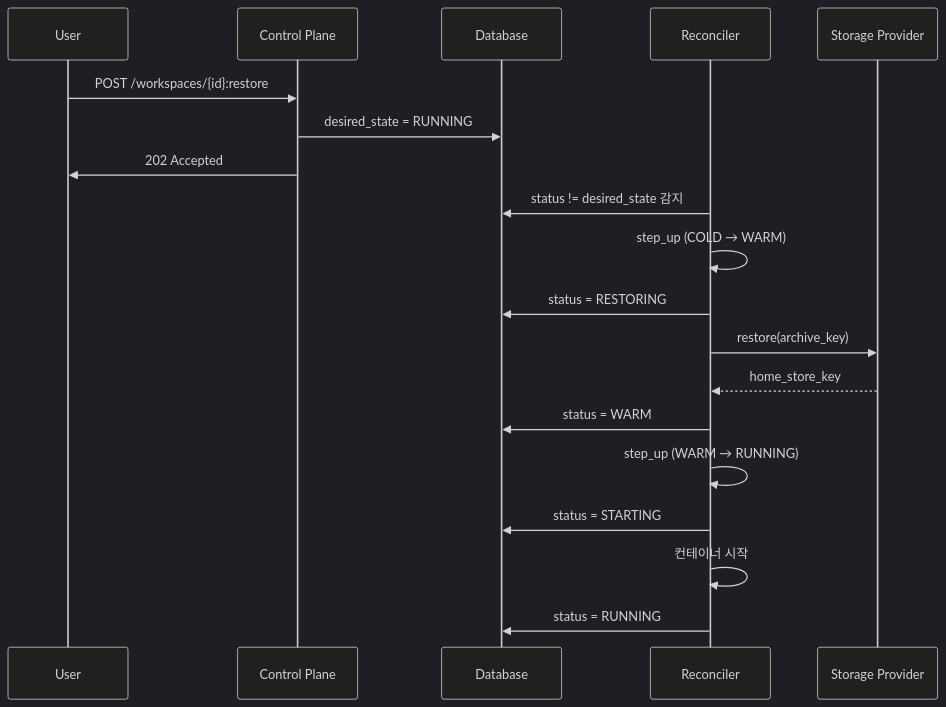
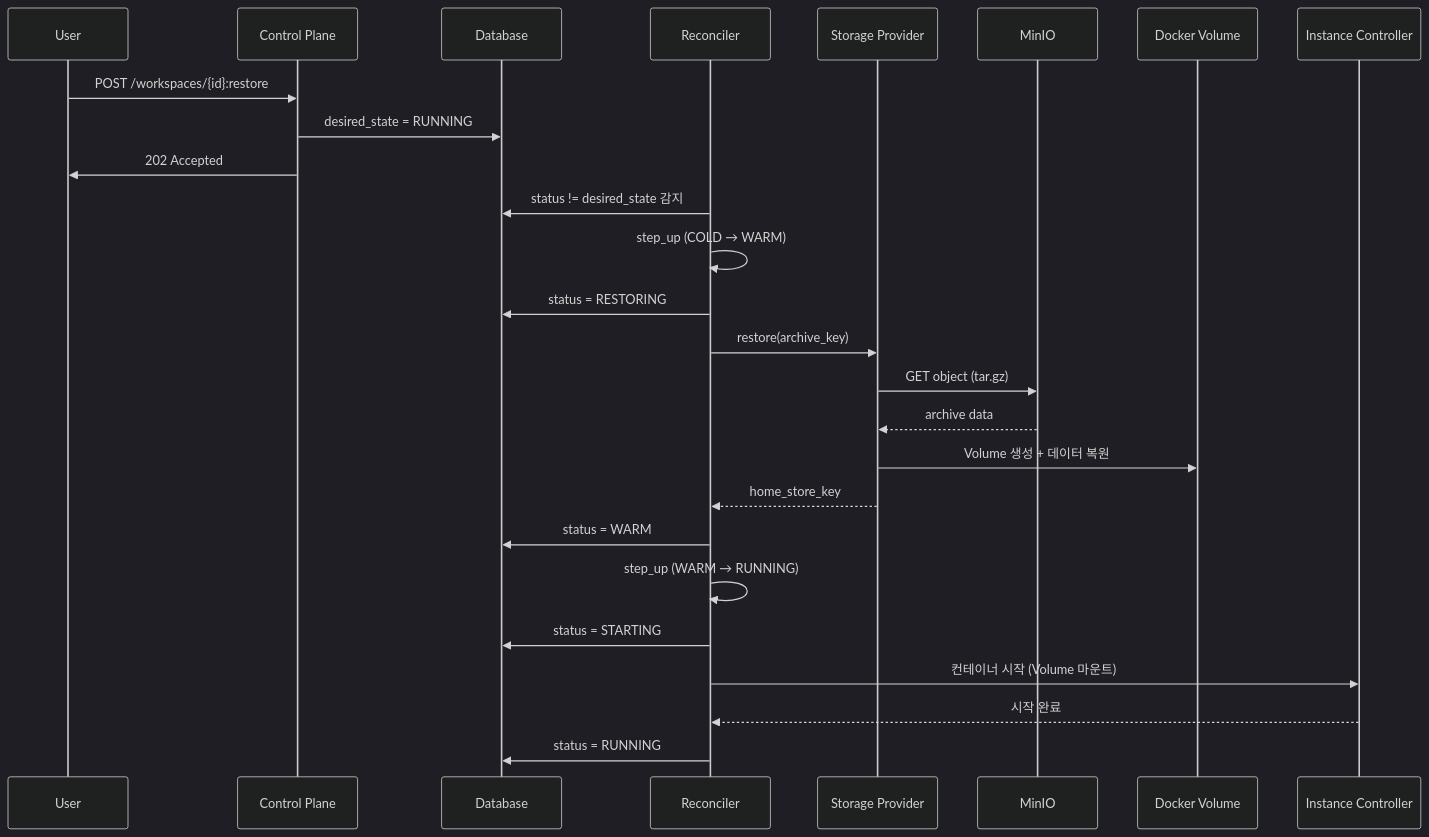
Before and after one commit to cagojeiger/code-hub: the fifth of 10 diagrams in docs/spec_v2/flows.md, drawn with Mermaid (dark theme). The commit also changed other lines of this file, not shown here.

First line of the commit message:
docs(spec_v2): add MinIO and SSE event mechanism to flows

````diff
--- a/docs/spec_v2/flows.md
+++ b/docs/spec_v2/flows.md
@@ -161,24 +167,31 @@
 ```mermaid
 sequenceDiagram
     participant U as User
     participant API as Control Plane
     participant DB as Database
     participant R as Reconciler
     participant S as Storage Provider
+    participant M as MinIO
+    participant V as Docker Volume
+    participant I as Instance Controller
 
     U->>API: POST /workspaces/{id}:restore
     API->>DB: desired_state = RUNNING
     API->>U: 202 Accepted
 
     R->>DB: status != desired_state 감지
     R->>R: step_up (COLD → WARM)
     R->>DB: status = RESTORING
     R->>S: restore(archive_key)
+    S->>M: GET object (tar.gz)
+    M-->>S: archive data
+    S->>V: Volume 생성 + 데이터 복원
     S-->>R: home_store_key
     R->>DB: status = WARM
 
     R->>R: step_up (WARM → RUNNING)
     R->>DB: status = STARTING
-    R->>R: 컨테이너 시작
+    R->>I: 컨테이너 시작 (Volume 마운트)
+    I-->>R: 시작 완료
     R->>DB: status = RUNNING
 ```
````
